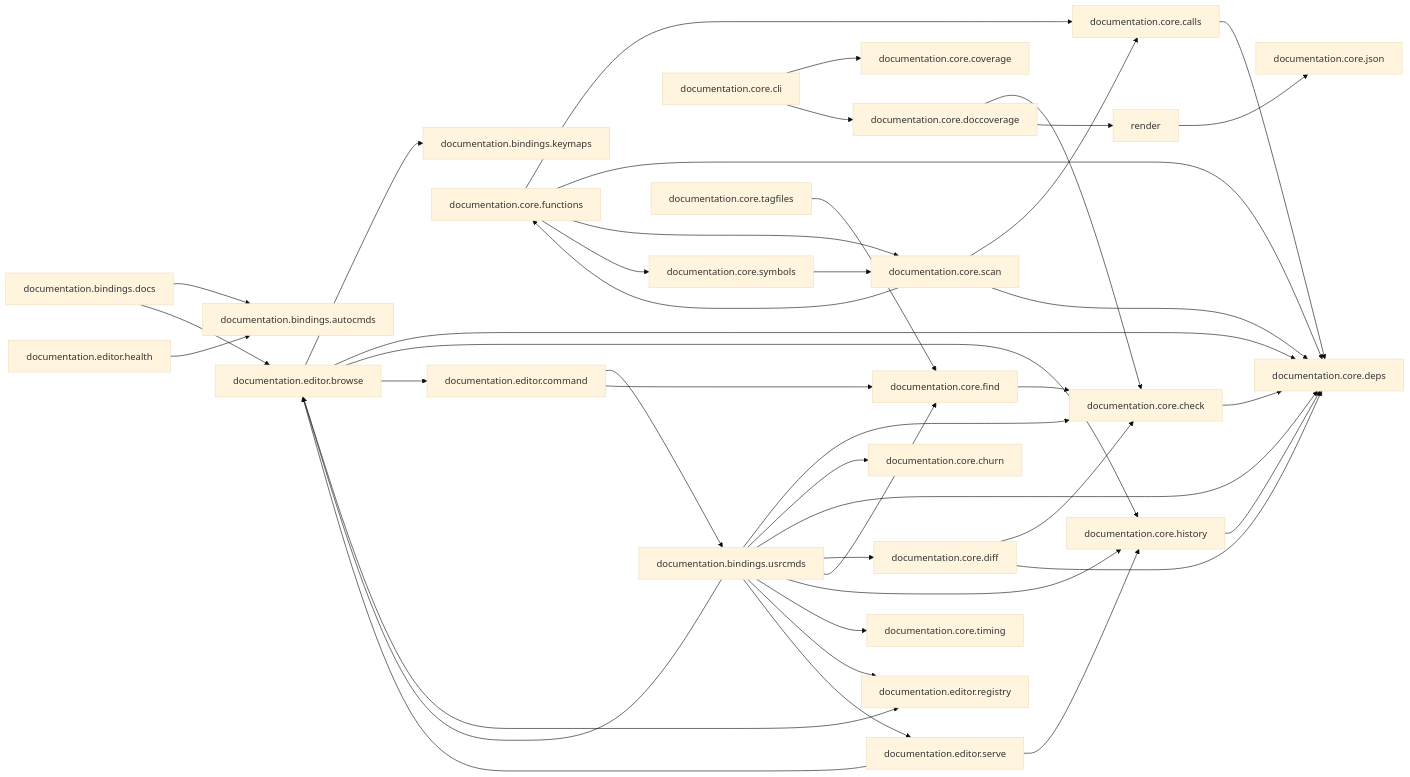
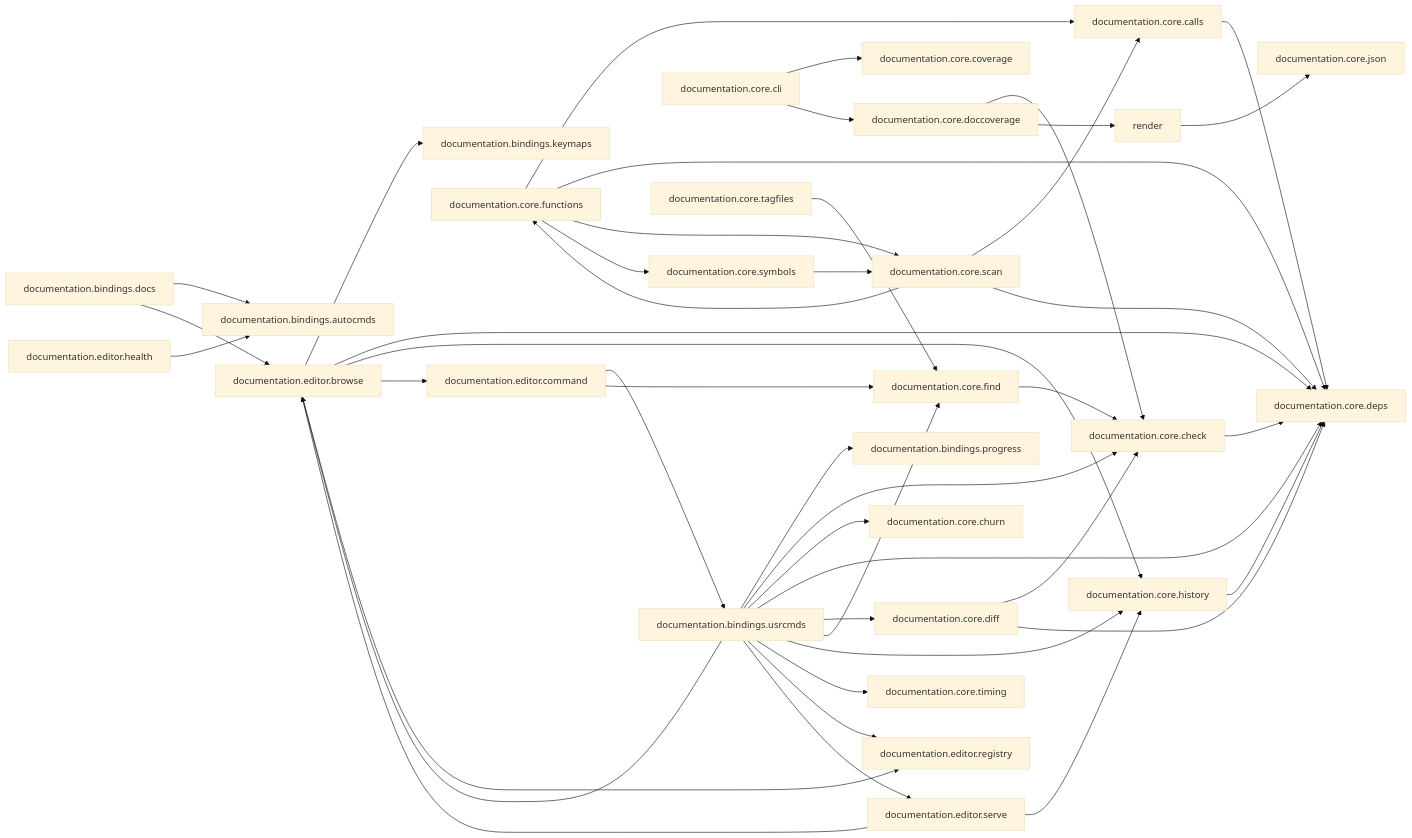
The second of 2 diagrams in docs/map/overview.md (StefanBartl/documentation.nvim), drawn with Mermaid (base theme) before and after one commit. The commit also changed other lines of this file and 7 other files, not shown here.

````diff
--- a/docs/map/overview.md
+++ b/docs/map/overview.md
@@ -40,71 +40,73 @@
 ```mermaid
 flowchart LR
   nlua_documentation_bindings_autocmds_lua["documentation.bindings.autocmds"]
   nlua_documentation_bindings_docs_lua["documentation.bindings.docs"]
   nlua_documentation_bindings_keymaps_lua["documentation.bindings.keymaps"]
+  nlua_documentation_bindings_progress_lua["documentation.bindings.progress"]
   nlua_documentation_bindings_usrcmds["documentation.bindings.usrcmds"]
   nlua_documentation_core_calls_lua["documentation.core.calls"]
   nlua_documentation_core_check_lua["documentation.core.check"]
   nlua_documentation_core_churn_lua["documentation.core.churn"]
   nlua_documentation_core_cli_lua["documentation.core.cli"]
   nlua_documentation_core_coverage_lua["documentation.core.coverage"]
   nlua_documentation_core_deps_lua["documentation.core.deps"]
   nlua_documentation_core_diff_lua["documentation.core.diff"]
   nlua_documentation_core_doccoverage_lua["documentation.core.doccoverage"]
   nlua_documentation_core_find_lua["documentation.core.find"]
   nlua_documentation_core_functions_lua["documentation.core.functions"]
   nlua_documentation_core_history_lua["documentation.core.history"]
   nlua_documentation_core_json_lua["documentation.core.json"]
   nlua_documentation_core_render["render"]
   nlua_documentation_core_scan_lua["documentation.core.scan"]
   nlua_documentation_core_symbols_lua["documentation.core.symbols"]
   nlua_documentation_core_tagfiles_lua["documentation.core.tagfiles"]
   nlua_documentation_core_timing_lua["documentation.core.timing"]
   nlua_documentation_editor_browse["documentation.editor.browse"]
   nlua_documentation_editor_command_lua["documentation.editor.command"]
   nlua_documentation_editor_health_lua["documentation.editor.health"]
   nlua_documentation_editor_registry_lua["documentation.editor.registry"]
   nlua_documentation_editor_serve_lua["documentation.editor.serve"]
   nlua_documentation_bindings_docs_lua --> nlua_documentation_bindings_autocmds_lua
   nlua_documentation_bindings_docs_lua --> nlua_documentation_editor_browse
+  nlua_documentation_bindings_usrcmds --> nlua_documentation_bindings_progress_lua
   nlua_documentation_bindings_usrcmds --> nlua_documentation_core_check_lua
   nlua_documentation_bindings_usrcmds --> nlua_documentation_core_churn_lua
   nlua_documentation_bindings_usrcmds --> nlua_documentation_core_deps_lua
   nlua_documentation_bindings_usrcmds --> nlua_documentation_core_diff_lua
   nlua_documentation_bindings_usrcmds --> nlua_documentation_core_find_lua
   nlua_documentation_bindings_usrcmds --> nlua_documentation_core_history_lua
   nlua_documentation_bindings_usrcmds --> nlua_documentation_core_timing_lua
   nlua_documentation_bindings_usrcmds --> nlua_documentation_editor_browse
   nlua_documentation_bindings_usrcmds --> nlua_documentation_editor_registry_lua
   nlua_documentation_bindings_usrcmds --> nlua_documentation_editor_serve_lua
   nlua_documentation_core_calls_lua --> nlua_documentation_core_deps_lua
   nlua_documentation_core_check_lua --> nlua_documentation_core_deps_lua
   nlua_documentation_core_cli_lua --> nlua_documentation_core_coverage_lua
   nlua_documentation_core_cli_lua --> nlua_documentation_core_doccoverage_lua
   nlua_documentation_core_diff_lua --> nlua_documentation_core_check_lua
   nlua_documentation_core_diff_lua --> nlua_documentation_core_deps_lua
   nlua_documentation_core_doccoverage_lua --> nlua_documentation_core_check_lua
   nlua_documentation_core_doccoverage_lua --> nlua_documentation_core_render
   nlua_documentation_core_find_lua --> nlua_documentation_core_check_lua
   nlua_documentation_core_functions_lua --> nlua_documentation_core_calls_lua
   nlua_documentation_core_functions_lua --> nlua_documentation_core_deps_lua
   nlua_documentation_core_functions_lua --> nlua_documentation_core_scan_lua
   nlua_documentation_core_functions_lua --> nlua_documentation_core_symbols_lua
   nlua_documentation_core_history_lua --> nlua_documentation_core_deps_lua
   nlua_documentation_core_render --> nlua_documentation_core_json_lua
   nlua_documentation_core_scan_lua --> nlua_documentation_core_calls_lua
   nlua_documentation_core_scan_lua --> nlua_documentation_core_deps_lua
   nlua_documentation_core_scan_lua --> nlua_documentation_core_functions_lua
   nlua_documentation_core_symbols_lua --> nlua_documentation_core_scan_lua
   nlua_documentation_core_tagfiles_lua --> nlua_documentation_core_find_lua
   nlua_documentation_editor_browse --> nlua_documentation_bindings_keymaps_lua
   nlua_documentation_editor_browse --> nlua_documentation_core_deps_lua
   nlua_documentation_editor_browse --> nlua_documentation_core_history_lua
   nlua_documentation_editor_browse --> nlua_documentation_editor_command_lua
   nlua_documentation_editor_browse --> nlua_documentation_editor_registry_lua
   nlua_documentation_editor_command_lua --> nlua_documentation_bindings_usrcmds
   nlua_documentation_editor_command_lua --> nlua_documentation_core_find_lua
   nlua_documentation_editor_health_lua --> nlua_documentation_bindings_autocmds_lua
   nlua_documentation_editor_serve_lua --> nlua_documentation_core_history_lua
   nlua_documentation_editor_serve_lua --> nlua_documentation_editor_browse
 ```
````
